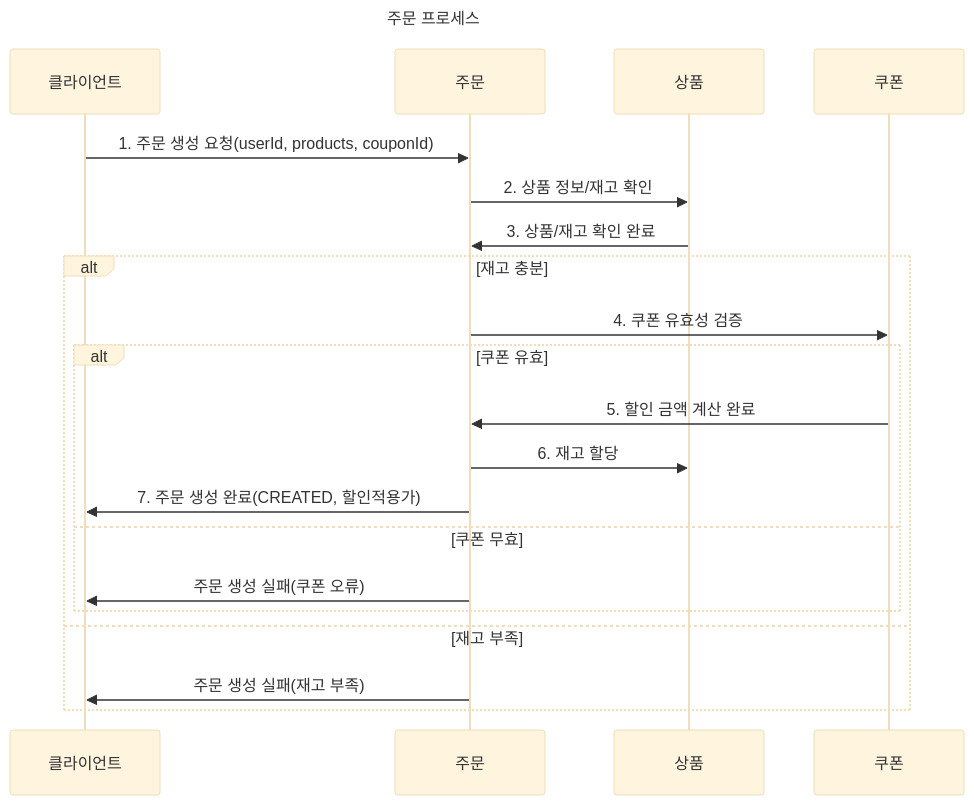
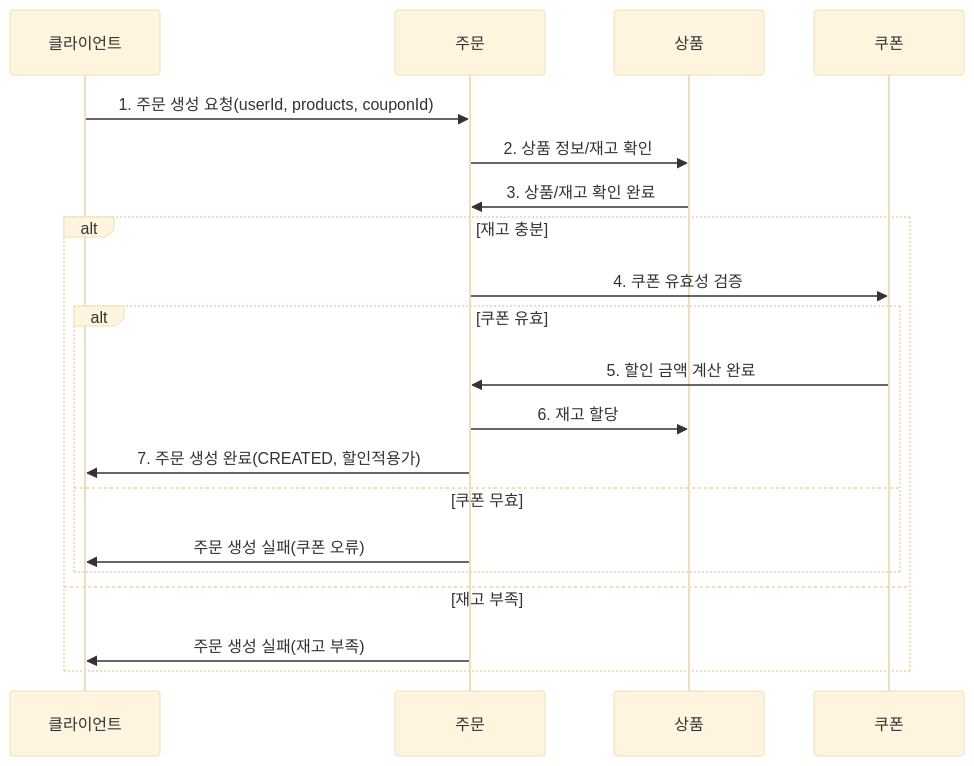
The fifth of 11 diagrams in test.md (ynyejn/lecture-manage-system), drawn with Mermaid (base theme) before and after one commit. The commit also changed other lines of this file, not shown here.

````diff
--- a/test.md
+++ b/test.md
@@ -93,25 +94,24 @@
 ```mermaid
 sequenceDiagram
-    title: 주문 프로세스
     participant Customer as 클라이언트
     participant OrderSystem as 주문
     participant ProductSystem as 상품
     participant CouponSystem as 쿠폰
     
     Customer->>OrderSystem: 1. 주문 생성 요청(userId, products, couponId)
     OrderSystem->>ProductSystem: 2. 상품 정보/재고 확인
     ProductSystem->>OrderSystem: 3. 상품/재고 확인 완료
     
     alt 재고 충분
         OrderSystem->>CouponSystem: 4. 쿠폰 유효성 검증
         alt 쿠폰 유효
             CouponSystem->>OrderSystem: 5. 할인 금액 계산 완료
             OrderSystem->>ProductSystem: 6. 재고 할당
             OrderSystem->>Customer: 7. 주문 생성 완료(CREATED, 할인적용가)
         else 쿠폰 무효
             OrderSystem->>Customer: 주문 생성 실패(쿠폰 오류)
         end
     else 재고 부족
         OrderSystem->>Customer: 주문 생성 실패(재고 부족)
     end
 ```
````
